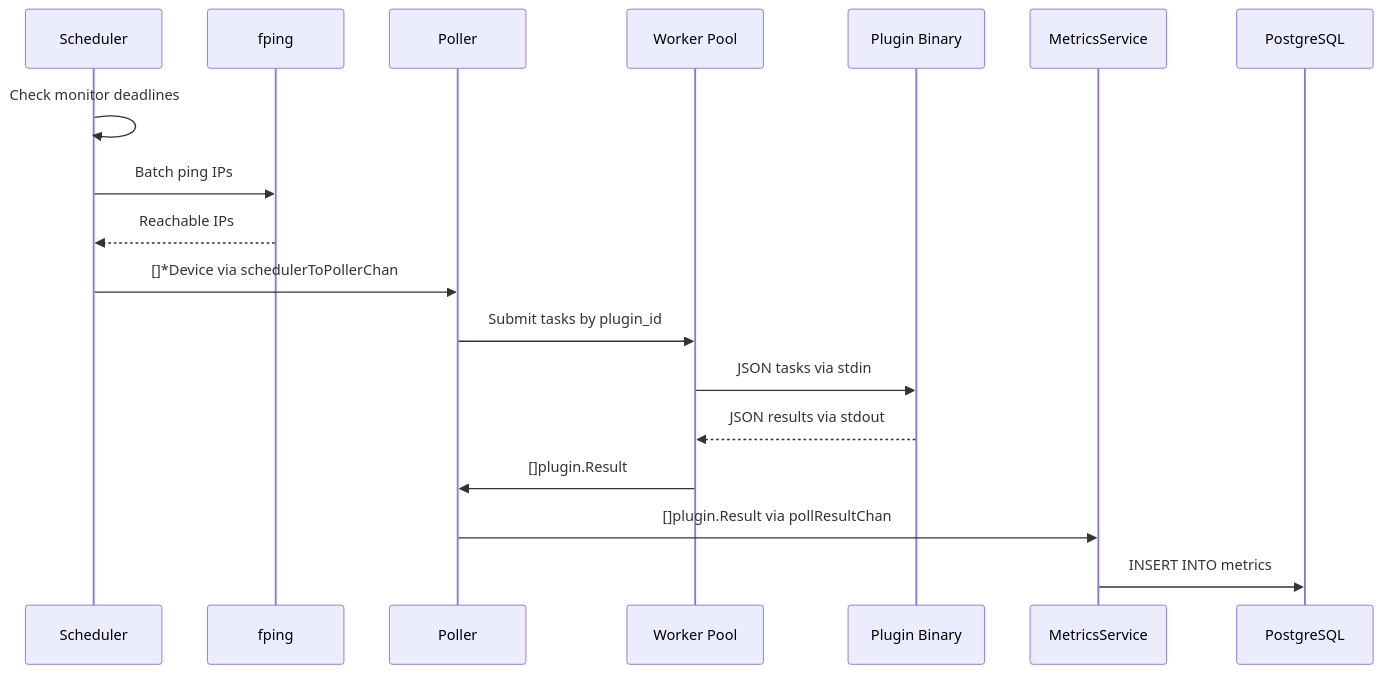
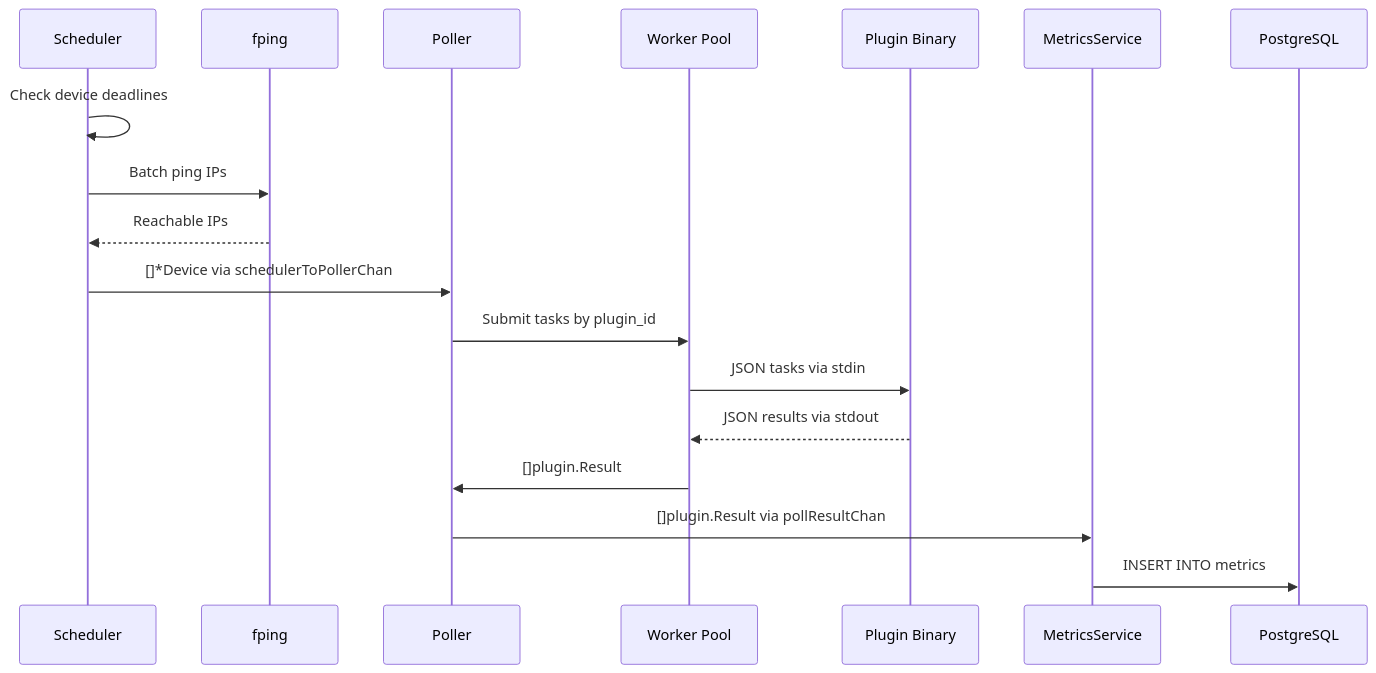
Before and after one commit to PremModhaOfficial/nms: the fourth of 10 diagrams in ARCHITECTURE.md, drawn with Mermaid. The commit also changed other lines of this file and 25 other files, not shown here.

````diff
--- a/ARCHITECTURE.md
+++ b/ARCHITECTURE.md
@@ -160,21 +161,21 @@
 ```mermaid
 sequenceDiagram
     participant SCH as Scheduler
     participant FPING as fping
     participant POL as Poller
     participant POOL as Worker Pool
     participant PLUGIN as Plugin Binary
     participant MS as MetricsService
     participant DB as PostgreSQL
 
-    SCH->>SCH: Check monitor deadlines
+    SCH->>SCH: Check device deadlines
     SCH->>FPING: Batch ping IPs
     FPING-->>SCH: Reachable IPs
     SCH->>POL: []*Device via schedulerToPollerChan
     POL->>POOL: Submit tasks by plugin_id
     POOL->>PLUGIN: JSON tasks via stdin
     PLUGIN-->>POOL: JSON results via stdout
     POOL->>POL: []plugin.Result
     POL->>MS: []plugin.Result via pollResultChan
     MS->>DB: INSERT INTO metrics
 ```
````
